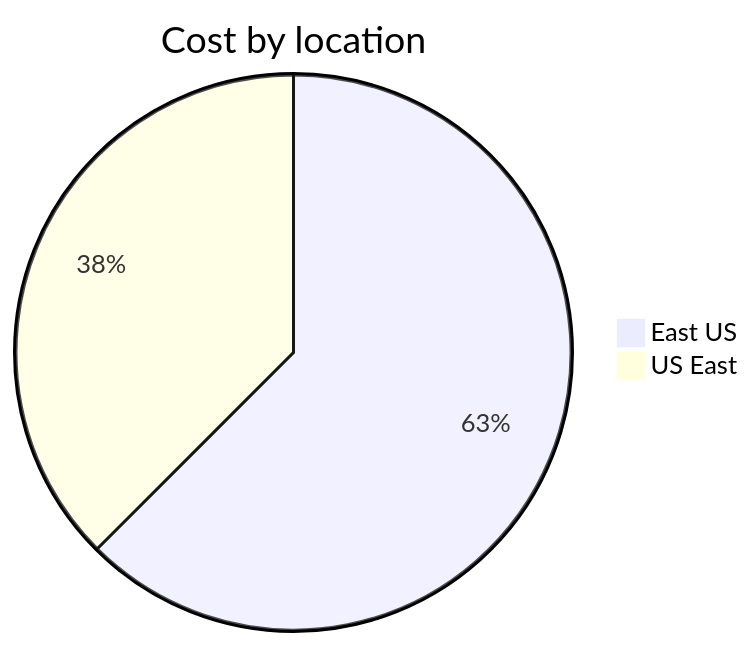
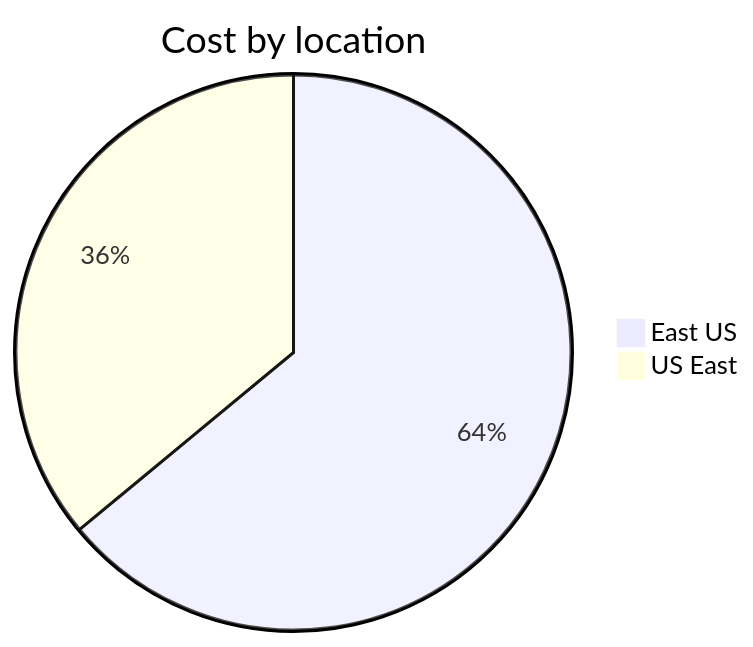
Before and after one commit to jpfulton/azure-personal-reports: the third of 4 diagrams in cost-reports/cloud-shell-storage-eastus/cs2100300008c8d894b.md, drawn with Mermaid. The commit also changed other lines of this file and 1 other file, not shown here.

````diff
--- a/cost-reports/cloud-shell-storage-eastus/cs2100300008c8d894b.md
+++ b/cost-reports/cloud-shell-storage-eastus/cs2100300008c8d894b.md
@@ -108,6 +108,6 @@
 ```mermaid
 pie
    title Cost by location
-   "East US" : 0.15
+   "East US" : 0.16
    "US East" : 0.09
 ```
````
